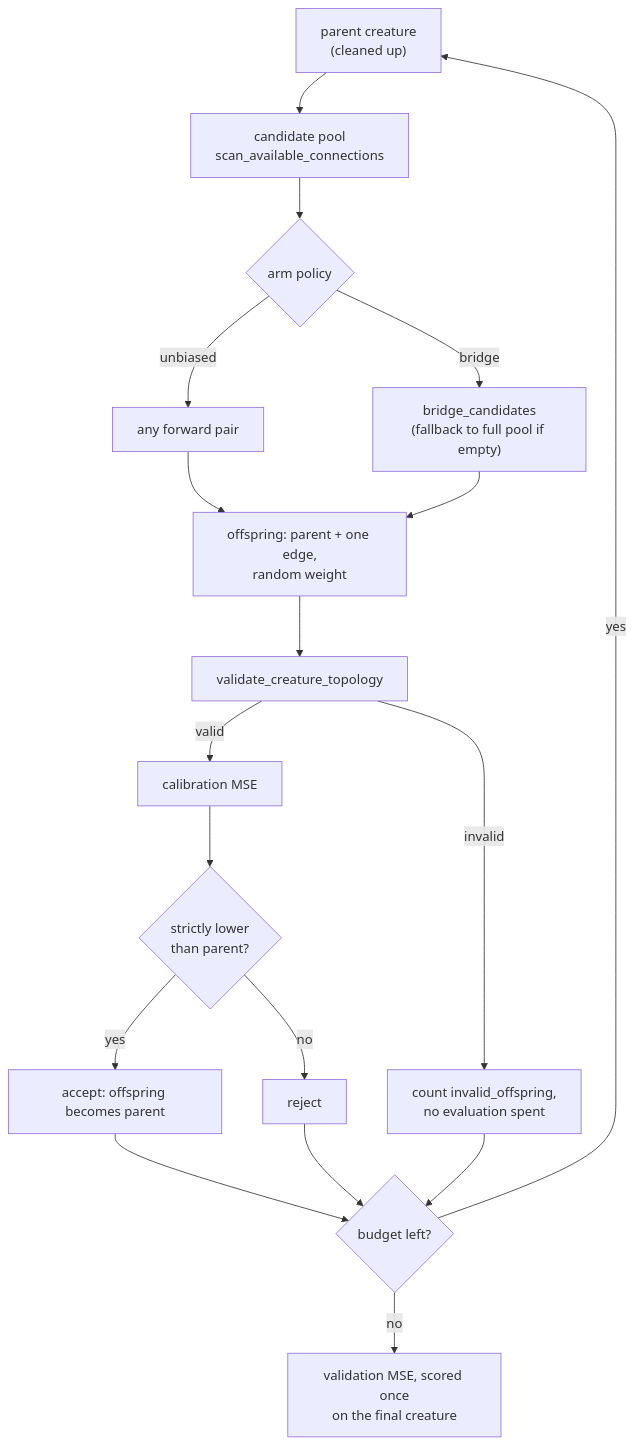
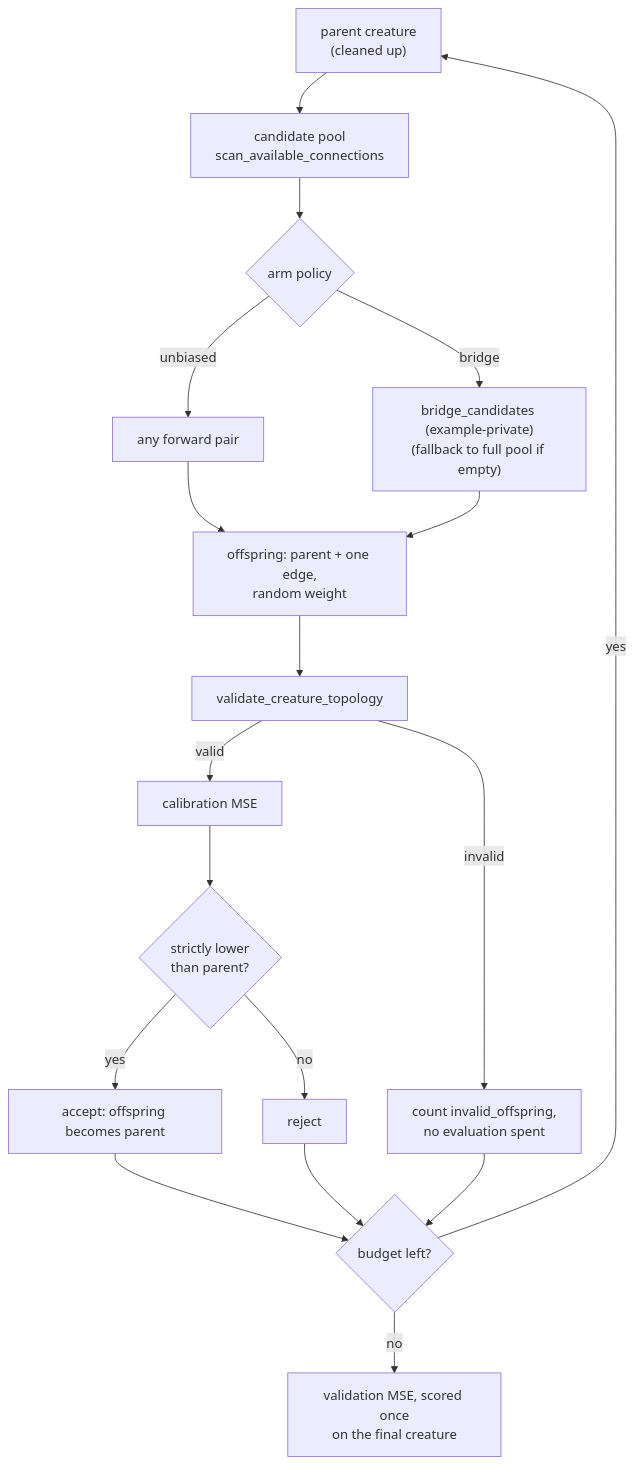
Before and after one commit to stSoftwareAU/NEAT-AI-core: the diagram in docs/research/reachability-guided-mutation.md, drawn with Mermaid. The commit also changed other lines of this file and 5 other files, not shown here.

First line of the commit message:
refactor(reachability): keep bridge_candidates out of core's public API (#759)

````diff
--- a/docs/research/reachability-guided-mutation.md
+++ b/docs/research/reachability-guided-mutation.md
@@ -79,20 +80,20 @@
 ```mermaid
 flowchart TD
     P["parent creature<br/>(cleaned up)"] --> C["candidate pool<br/>scan_available_connections"]
     C --> A{"arm policy"}
     A -- "unbiased" --> U["any forward pair"]
-    A -- "bridge" --> B["bridge_candidates<br/>(fallback to full pool if empty)"]
+    A -- "bridge" --> B["bridge_candidates (example-private)<br/>(fallback to full pool if empty)"]
     U --> O["offspring: parent + one edge,<br/>random weight"]
     B --> O
     O --> V["validate_creature_topology"]
     V -- "invalid" --> X["count invalid_offspring,<br/>no evaluation spent"]
     V -- "valid" --> M["calibration MSE"]
     M --> D{"strictly lower<br/>than parent?"}
     D -- "yes" --> AC["accept: offspring becomes parent"]
     D -- "no" --> RJ["reject"]
     AC --> L{"budget left?"}
     RJ --> L
     X --> L
     L -- "yes" --> P
     L -- "no" --> F["validation MSE, scored once<br/>on the final creature"]
 ```
````
